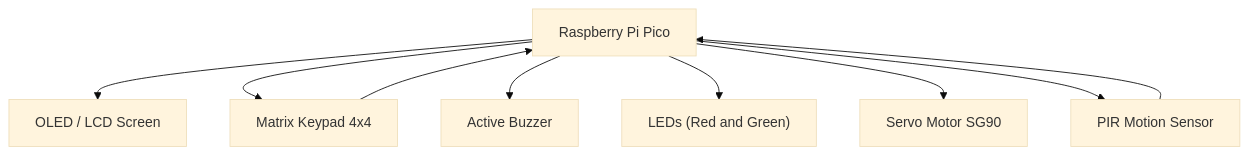
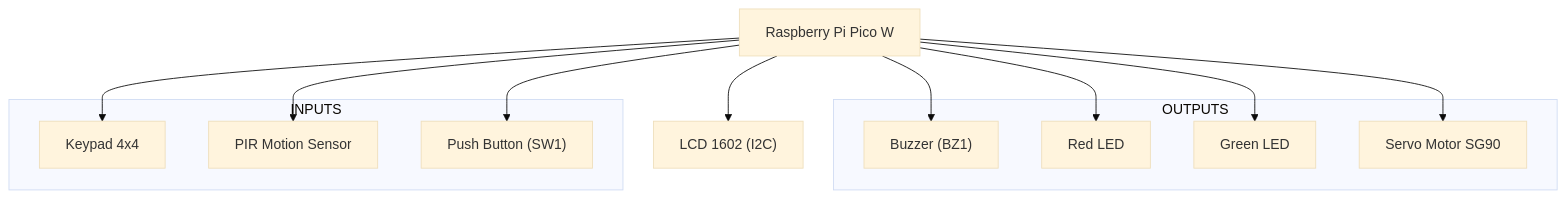
Before and after one commit to UPB-PMRust/website: the diagram in website/versioned_docs/version-acs_cc/project/2025/iulia_elena.giuroiu/index.md, drawn with Mermaid (base theme). The commit also changed other lines of this file and 1 other file, not shown here.

Commit message:
Adaugare proiect Iulia Elena Giuroiu 2025

````diff
--- a/website/versioned_docs/version-acs_cc/project/2025/iulia_elena.giuroiu/index.md
+++ b/website/versioned_docs/version-acs_cc/project/2025/iulia_elena.giuroiu/index.md
@@ -33,14 +33,36 @@
 ```mermaid
 flowchart TB
-    PICO["Raspberry Pi Pico"]
+    PICO["Raspberry Pi Pico W"]
 
-    PICO --> OLED["OLED / LCD Screen"]
-    PICO --> KEYPAD["Matrix Keypad 4x4"]
-    PICO --> BUZZER["Active Buzzer"]
-    PICO --> LED["LEDs (Red and Green)"]
-    PICO --> MOTOR["Servo Motor SG90"]
-    PICO --> PIR["PIR Motion Sensor"]
+    OLED["LCD 1602 (I2C)"]
+    KEYPAD["Keypad 4x4"]
+    BUZZER["Buzzer (BZ1)"]
+    LED_RED["Red LED"]
+    LED_GREEN["Green LED"]
+    MOTOR["Servo Motor SG90"]
+    PIR["PIR Motion Sensor"]
+    BUTTON["Push Button (SW1)"]
 
-    KEYPAD --> PICO
-    PIR --> PICO
+    PICO --> OLED
+    PICO --> KEYPAD
+    PICO --> BUZZER
+    PICO --> LED_RED
+    PICO --> LED_GREEN
+    PICO --> MOTOR
+    PICO --> PIR
+    PICO --> BUTTON
+
+    subgraph OUTPUTS
+        LED_RED
+        LED_GREEN
+        MOTOR
+        BUZZER
+    end
+
+    subgraph INPUTS
+        PIR
+        KEYPAD
+        BUTTON
+    end
+
 ```
````
